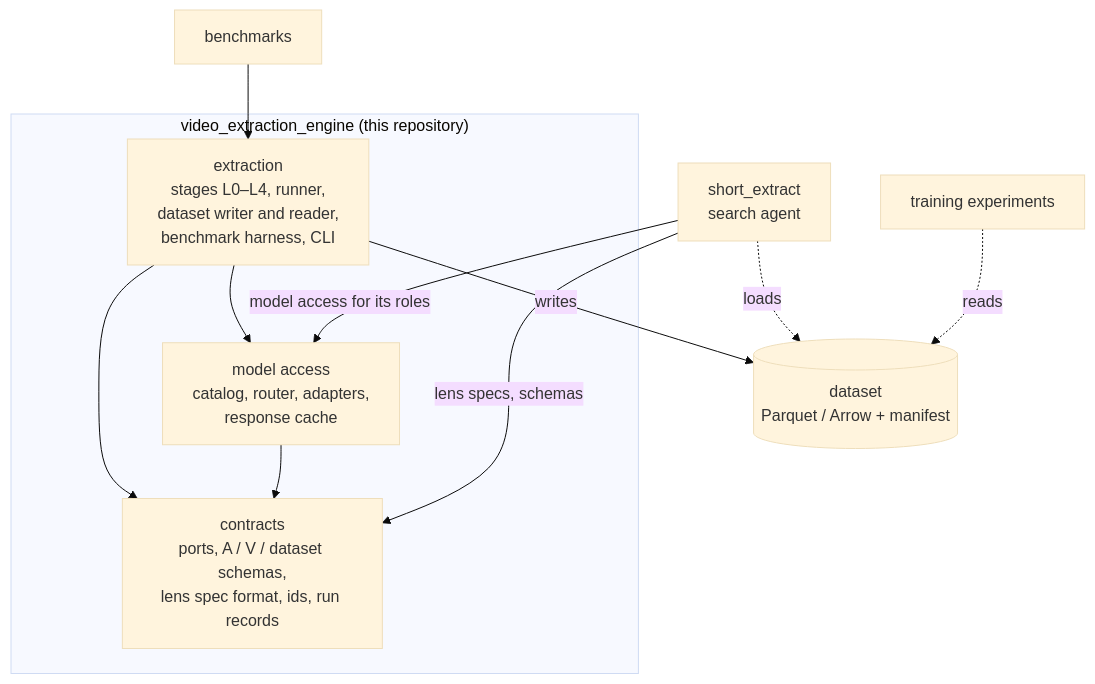
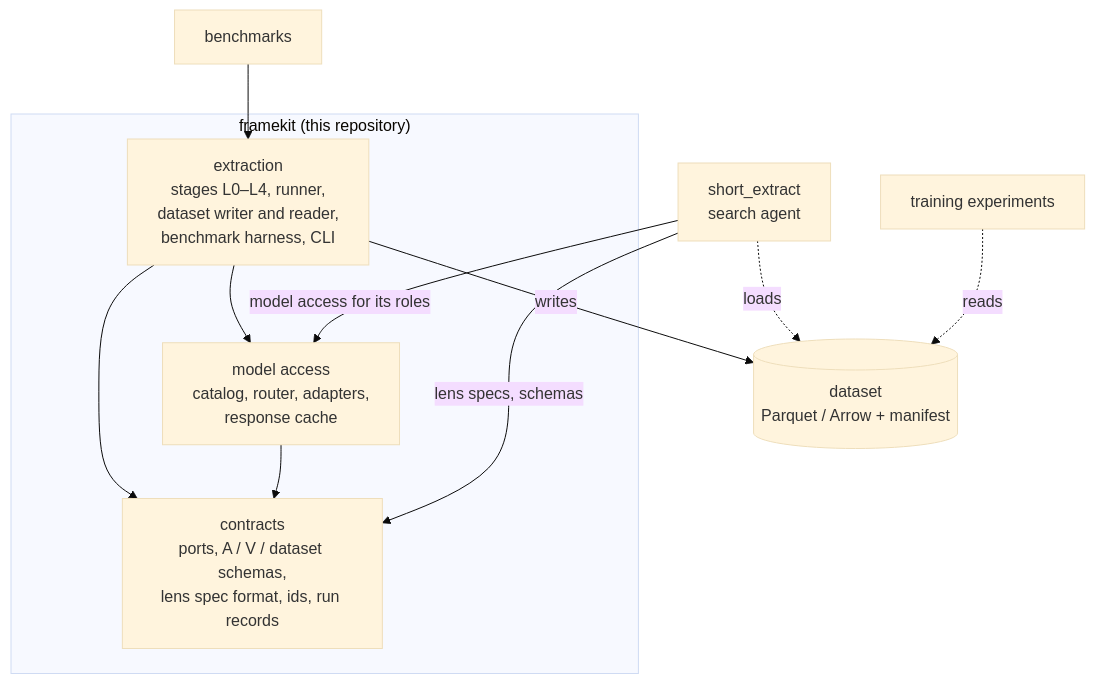
One commit to edyhtan/framekit changed the first of 4 diagrams in docs/ARCHITECTURE.md. Above: the diagram before and after it, drawn with Mermaid (base theme). The commit also changed other lines of this file and 4 other files, not shown here.

Commit message:
Rename to framekit: a general library of AI building blocks for video datasets

````diff
--- a/docs/ARCHITECTURE.md
+++ b/docs/ARCHITECTURE.md
@@ -11,22 +13,22 @@
 ```mermaid
 flowchart TB
-    subgraph LIB["video_extraction_engine (this repository)"]
+    subgraph LIB["framekit (this repository)"]
         CT["contracts<br/>ports, A / V / dataset schemas,<br/>lens spec format, ids, run records"]
         MA["model access<br/>catalog, router, adapters,<br/>response cache"]
         EX["extraction<br/>stages L0–L4, runner,<br/>dataset writer and reader,<br/>benchmark harness, CLI"]
     end
     APP["short_extract<br/>search agent"]
     BEN["benchmarks"]
     TRN["training experiments"]
     DS[("dataset<br/>Parquet / Arrow + manifest")]
 
     EX --> MA
     EX --> CT
     MA --> CT
     EX -- "writes" --> DS
     APP -- "model access for its roles" --> MA
     APP -- "lens specs, schemas" --> CT
     APP -. "loads" .-> DS
     BEN --> EX
     TRN -. "reads" .-> DS
 ```
````
